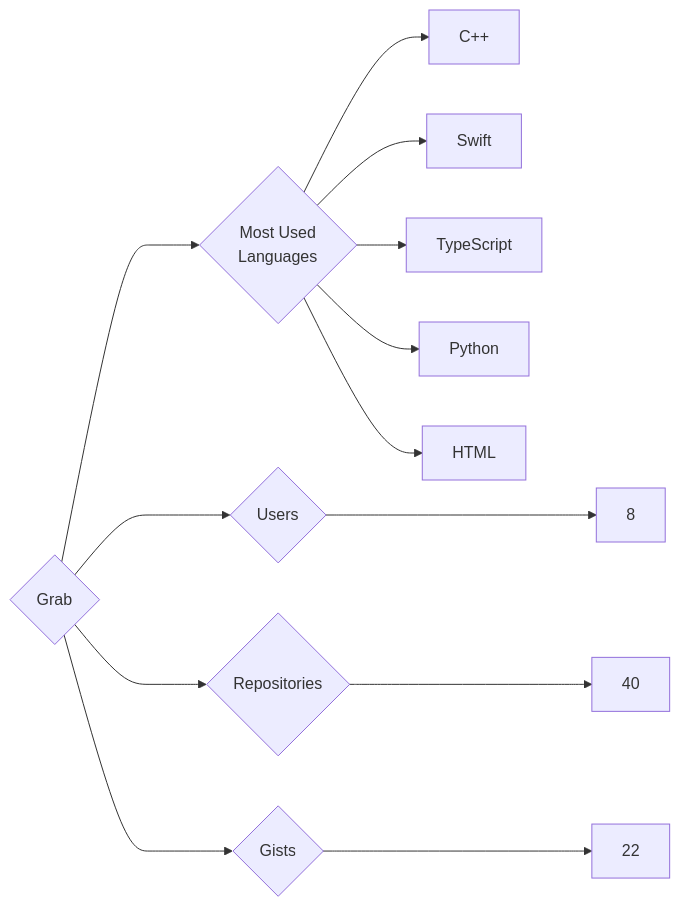
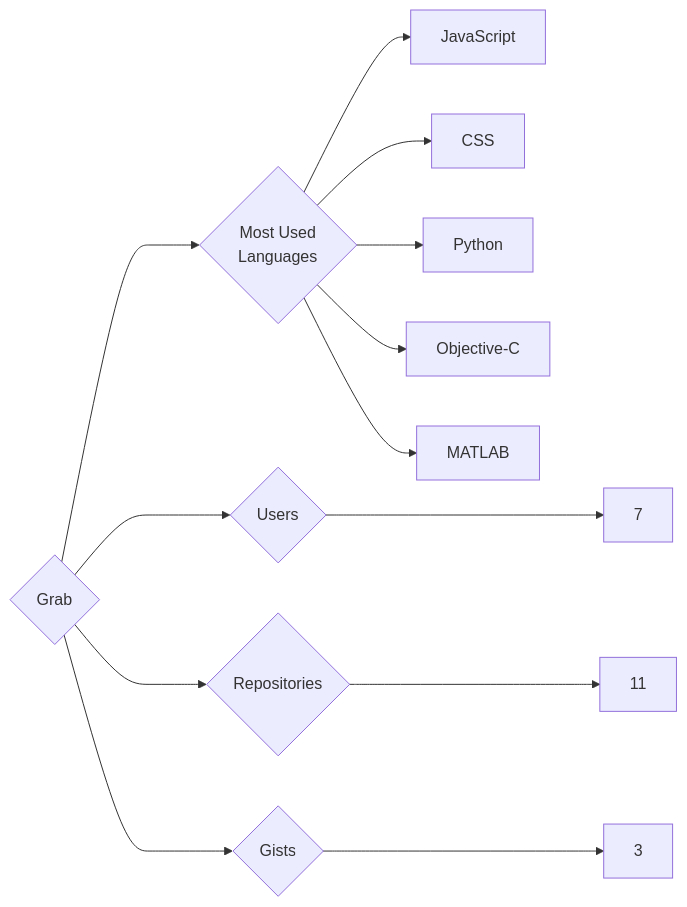
The diagram in targets/Grab/README.md (trickest/insiders), drawn with Mermaid before and after one commit. The commit also changed 1238 other files, not shown here.

````diff
--- a/targets/Grab/README.md
+++ b/targets/Grab/README.md
@@ -3,13 +3,13 @@
 ```mermaid
 graph LR
 COMPANY_NAME{Grab}
-COMPANY_NAME ---> U{Users} ---> UN[8]
-COMPANY_NAME ---> R{Repositories} ---> RN[40]
-COMPANY_NAME ---> G{Gists} ---> GN[22]
+COMPANY_NAME ---> U{Users} ---> UN[7]
+COMPANY_NAME ---> R{Repositories} ---> RN[11]
+COMPANY_NAME ---> G{Gists} ---> GN[3]
 COMPANY_NAME ---> ML{Most Used<br>Languages}
-ML --> C++[C++]
-ML --> Swift[Swift]
-ML --> TypeScript[TypeScript]
+ML --> JavaScript[JavaScript]
+ML --> CSS[CSS]
 ML --> Python[Python]
-ML --> HTML[HTML]
+ML --> Objective-C[Objective-C]
+ML --> MATLAB[MATLAB]
 ```
````
